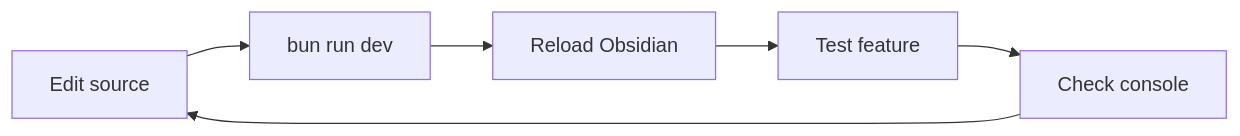
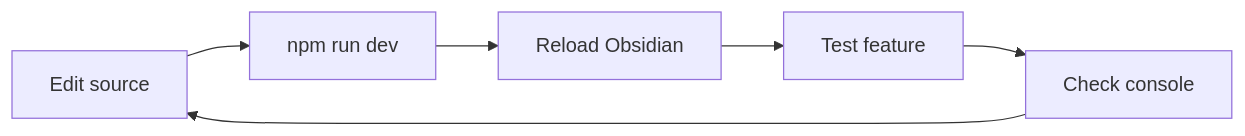
One commit to J-Will01/obsidian-claude-code changed the diagram in docs/development.md. Above: the diagram before and after it, drawn with Mermaid. The commit also changed other lines of this file and 6 other files, not shown here.

````diff
--- a/docs/development.md
+++ b/docs/development.md
@@ -212,8 +206,8 @@
 ```mermaid
 flowchart LR
-    Edit[Edit source] --> Build[bun run dev]
+    Edit[Edit source] --> Build[npm run dev]
     Build --> Reload[Reload Obsidian]
     Reload --> Test[Test feature]
     Test --> Console[Check console]
     Console --> Edit
 ```
````
